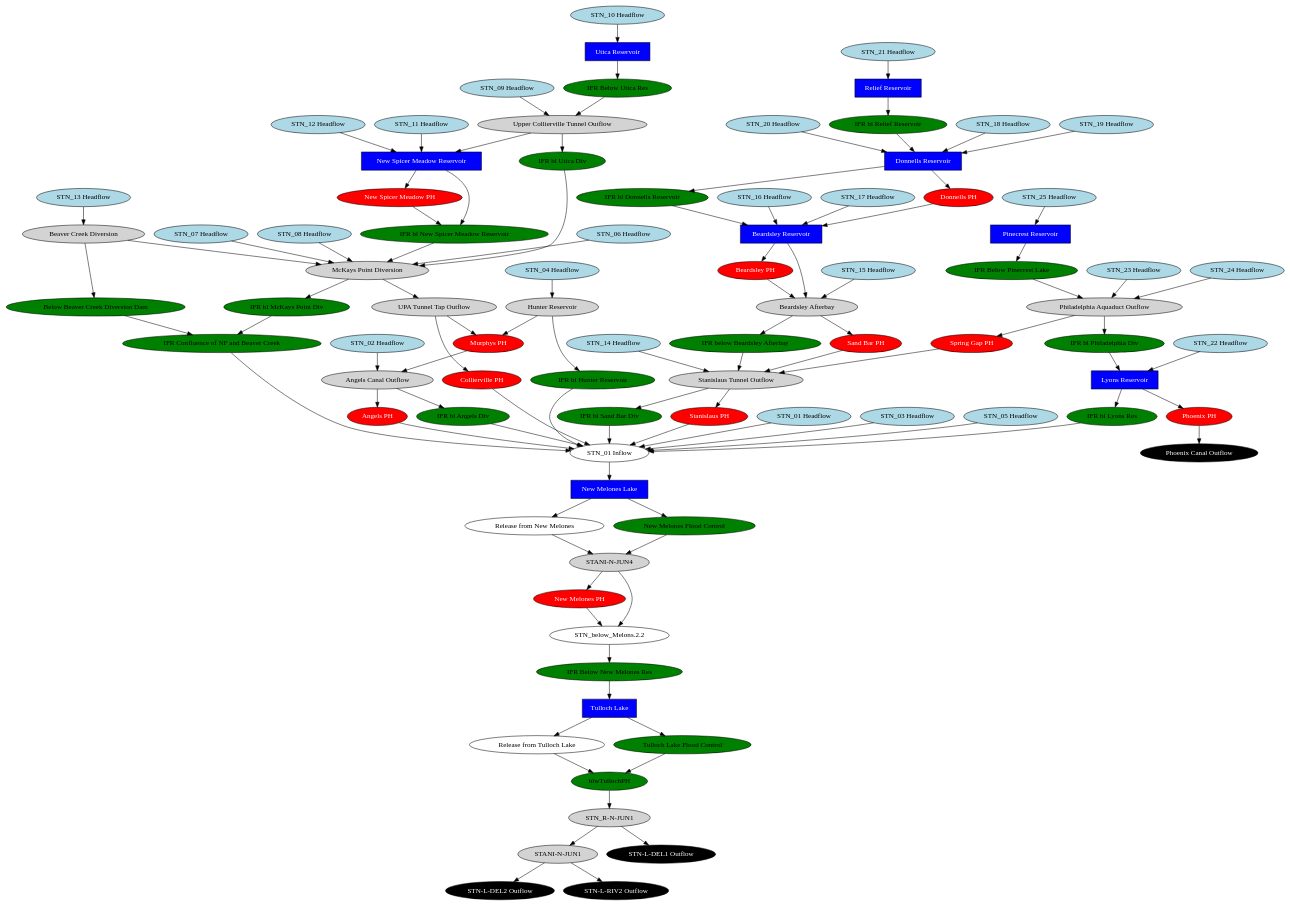
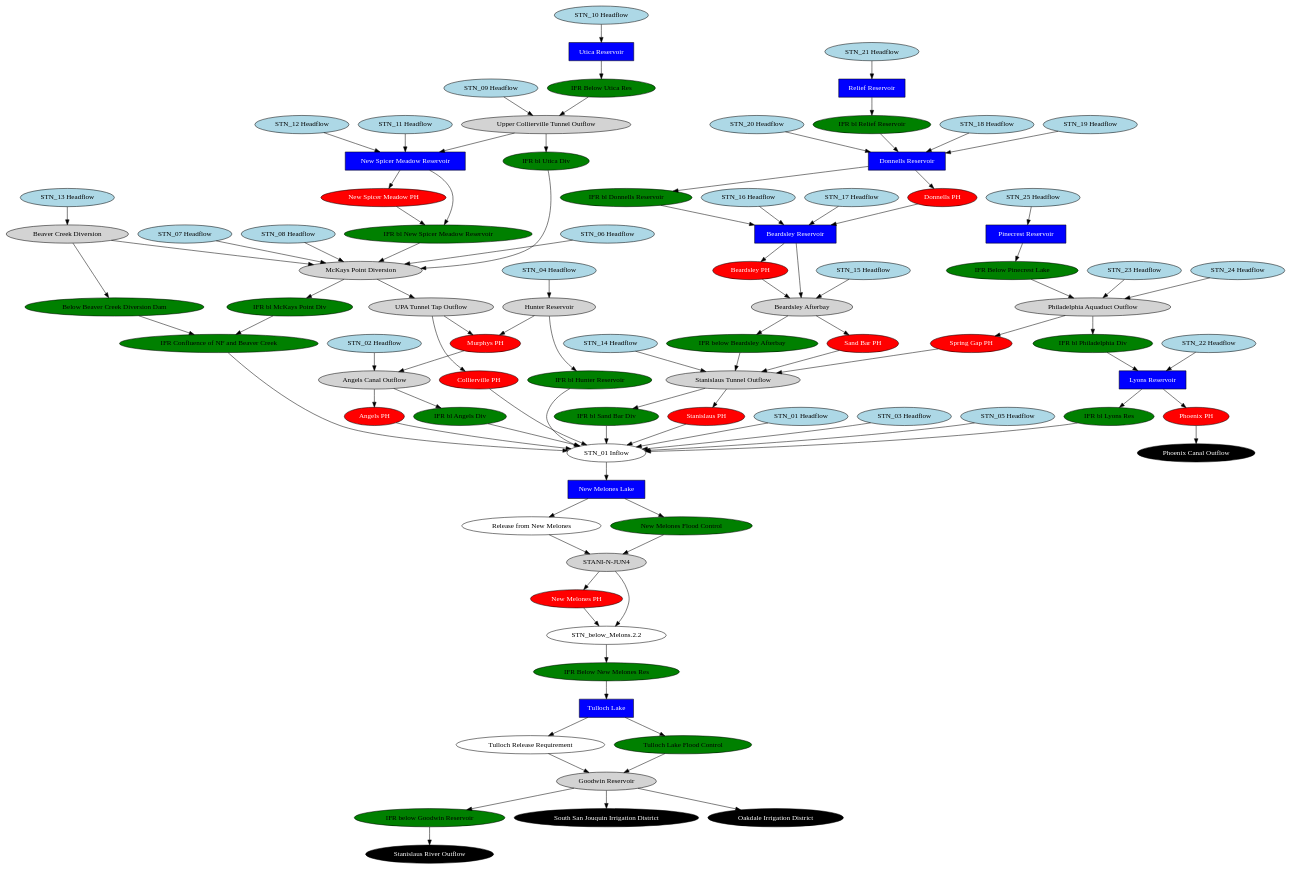
The diagram in stanislaus/stanislaus_schematic_simplified.gv (vicelab/cen-sierra-pywr), drawn with Graphviz before and after one commit. The commit also changed 15 other files, not shown here.

```diff
--- a/stanislaus/stanislaus_schematic_simplified.gv
+++ b/stanislaus/stanislaus_schematic_simplified.gv
@@ -1,185 +1,183 @@
 // stanislaus
 digraph stanislaus {
 	"Angels PH" [fillcolor=red fontcolor=white shape=oval style=filled]
 	"Angels Canal Outflow" [fillcolor=lightgrey fontcolor=black shape=oval style=filled]
 	"Beardsley Reservoir" [fillcolor=blue fontcolor=white shape=rect style=filled]
 	"Beardsley PH" [fillcolor=red fontcolor=white shape=oval style=filled]
 	"Beaver Creek Diversion" [fillcolor=lightgrey fontcolor=black shape=oval style=filled]
 	"Collierville PH" [fillcolor=red fontcolor=white shape=oval style=filled]
 	"Donnells PH" [fillcolor=red fontcolor=white shape=oval style=filled]
 	"Donnells Reservoir" [fillcolor=blue fontcolor=white shape=rect style=filled]
 	"IFR bl Angels Div" [fillcolor=green fontcolor=black shape=oval style=filled]
 	"IFR bl Donnells Reservoir" [fillcolor=green fontcolor=black shape=oval style=filled]
 	"IFR bl Hunter Reservoir" [fillcolor=green fontcolor=black shape=oval style=filled]
 	"IFR bl Lyons Res" [fillcolor=green fontcolor=black shape=oval style=filled]
 	"IFR bl McKays Point Div" [fillcolor=green fontcolor=black shape=oval style=filled]
 	"IFR bl New Spicer Meadow Reservoir" [fillcolor=green fontcolor=black shape=oval style=filled]
 	"IFR bl Philadelphia Div" [fillcolor=green fontcolor=black shape=oval style=filled]
 	"IFR bl Relief Reservoir" [fillcolor=green fontcolor=black shape=oval style=filled]
 	"IFR bl Sand Bar Div" [fillcolor=green fontcolor=black shape=oval style=filled]
 	"IFR bl Utica Div" [fillcolor=green fontcolor=black shape=oval style=filled]
 	"Below Beaver Creek Diversion Dam" [fillcolor=green fontcolor=black shape=oval style=filled]
 	"IFR Confluence of NF and Beaver Creek" [fillcolor=green fontcolor=black shape=oval style=filled]
 	"IFR Below New Melones Res" [fillcolor=green fontcolor=black shape=oval style=filled]
+	"IFR below Goodwin Reservoir" [fillcolor=green fontcolor=black shape=oval style=filled]
 	"IFR Below Pinecrest Lake" [fillcolor=green fontcolor=black shape=oval style=filled]
 	"IFR Below Utica Res" [fillcolor=green fontcolor=black shape=oval style=filled]
 	"IFR below Beardsley Afterbay" [fillcolor=green fontcolor=black shape=oval style=filled]
 	"Hunter Reservoir" [fillcolor=lightgrey fontcolor=black shape=oval style=filled]
 	"Lyons Reservoir" [fillcolor=blue fontcolor=white shape=rect style=filled]
 	"McKays Point Diversion" [fillcolor=lightgrey fontcolor=black shape=oval style=filled]
 	"Murphys PH" [fillcolor=red fontcolor=white shape=oval style=filled]
 	"New Melones Lake" [fillcolor=blue fontcolor=white shape=rect style=filled]
 	"New Melones PH" [fillcolor=red fontcolor=white shape=oval style=filled]
 	"New Spicer Meadow Reservoir" [fillcolor=blue fontcolor=white shape=rect style=filled]
 	"New Spicer Meadow PH" [fillcolor=red fontcolor=white shape=oval style=filled]
 	"Philadelphia Aquaduct Outflow" [fillcolor=lightgrey fontcolor=black shape=oval style=filled]
 	"Phoenix Canal Outflow" [fillcolor=black fontcolor=white shape=oval style=filled]
 	"Phoenix PH" [fillcolor=red fontcolor=white shape=oval style=filled]
 	"Pinecrest Reservoir" [fillcolor=blue fontcolor=white shape=rect style=filled]
 	"Relief Reservoir" [fillcolor=blue fontcolor=white shape=rect style=filled]
 	"Sand Bar PH" [fillcolor=red fontcolor=white shape=oval style=filled]
 	"Beardsley Afterbay" [fillcolor=lightgrey fontcolor=black shape=oval style=filled]
 	"Spring Gap PH" [fillcolor=red fontcolor=white shape=oval style=filled]
-	"STANI-N-JUN1" [fillcolor=lightgrey fontcolor=black shape=oval style=filled]
 	"Stanislaus PH" [fillcolor=red fontcolor=white shape=oval style=filled]
 	"Stanislaus Tunnel Outflow" [fillcolor=lightgrey fontcolor=black shape=oval style=filled]
-	"STN-L-DEL1 Outflow" [fillcolor=black fontcolor=white shape=oval style=filled]
-	"STN-L-DEL2 Outflow" [fillcolor=black fontcolor=white shape=oval style=filled]
-	"STN-L-RIV2 Outflow" [fillcolor=black fontcolor=white shape=oval style=filled]
+	"South San Jouquin Irrigation District" [fillcolor=black fontcolor=white shape=oval style=filled]
+	"Oakdale Irrigation District" [fillcolor=black fontcolor=white shape=oval style=filled]
+	"Stanislaus River Outflow" [fillcolor=black fontcolor=white shape=oval style=filled]
 	"STN_01 Headflow" [fillcolor=lightblue fontcolor=black shape=oval style=filled]
 	"STN_01 Inflow" [fillcolor=white fontcolor=black shape=oval style=filled]
 	"STN_02 Headflow" [fillcolor=lightblue fontcolor=black shape=oval style=filled]
 	"STN_03 Headflow" [fillcolor=lightblue fontcolor=black shape=oval style=filled]
 	"STN_04 Headflow" [fillcolor=lightblue fontcolor=black shape=oval style=filled]
 	"STN_05 Headflow" [fillcolor=lightblue fontcolor=black shape=oval style=filled]
 	"STN_06 Headflow" [fillcolor=lightblue fontcolor=black shape=oval style=filled]
 	"STN_07 Headflow" [fillcolor=lightblue fontcolor=black shape=oval style=filled]
 	"STN_08 Headflow" [fillcolor=lightblue fontcolor=black shape=oval style=filled]
 	"STN_09 Headflow" [fillcolor=lightblue fontcolor=black shape=oval style=filled]
 	"STN_10 Headflow" [fillcolor=lightblue fontcolor=black shape=oval style=filled]
 	"STN_11 Headflow" [fillcolor=lightblue fontcolor=black shape=oval style=filled]
 	"STN_12 Headflow" [fillcolor=lightblue fontcolor=black shape=oval style=filled]
 	"STN_13 Headflow" [fillcolor=lightblue fontcolor=black shape=oval style=filled]
 	"STN_14 Headflow" [fillcolor=lightblue fontcolor=black shape=oval style=filled]
 	"STN_15 Headflow" [fillcolor=lightblue fontcolor=black shape=oval style=filled]
 	"STN_16 Headflow" [fillcolor=lightblue fontcolor=black shape=oval style=filled]
 	"STN_17 Headflow" [fillcolor=lightblue fontcolor=black shape=oval style=filled]
 	"STN_18 Headflow" [fillcolor=lightblue fontcolor=black shape=oval style=filled]
 	"STN_19 Headflow" [fillcolor=lightblue fontcolor=black shape=oval style=filled]
 	"STN_20 Headflow" [fillcolor=lightblue fontcolor=black shape=oval style=filled]
 	"STN_21 Headflow" [fillcolor=lightblue fontcolor=black shape=oval style=filled]
 	"STN_22 Headflow" [fillcolor=lightblue fontcolor=black shape=oval style=filled]
 	"STN_23 Headflow" [fillcolor=lightblue fontcolor=black shape=oval style=filled]
 	"STN_24 Headflow" [fillcolor=lightblue fontcolor=black shape=oval style=filled]
 	"STN_25 Headflow" [fillcolor=lightblue fontcolor=black shape=oval style=filled]
-	"STN_R-N-JUN1" [fillcolor=lightgrey fontcolor=black shape=oval style=filled]
 	"Tulloch Lake" [fillcolor=blue fontcolor=white shape=rect style=filled]
-	"Release from Tulloch Lake" [fillcolor=white fontcolor=black shape=oval style=filled]
+	"Tulloch Release Requirement" [fillcolor=white fontcolor=black shape=oval style=filled]
 	"Tulloch Lake Flood Control" [fillcolor=green fontcolor=black shape=oval style=filled]
-	blwTullochPH [fillcolor=green fontcolor=black shape=oval style=filled]
+	"Goodwin Reservoir" [fillcolor=lightgrey fontcolor=black shape=oval style=filled]
 	"Utica Reservoir" [fillcolor=blue fontcolor=white shape=rect style=filled]
 	"UPA Tunnel Tap Outflow" [fillcolor=lightgrey fontcolor=black shape=oval style=filled]
 	"Upper Collierville Tunnel Outflow" [fillcolor=lightgrey fontcolor=black shape=oval style=filled]
 	"Release from New Melones" [fillcolor=white fontcolor=black shape=oval style=filled]
 	"New Melones Flood Control" [fillcolor=green fontcolor=black shape=oval style=filled]
 	"STN_below_Melons.2.2" [fillcolor=white fontcolor=black shape=oval style=filled]
 	"STANI-N-JUN4" [fillcolor=lightgrey fontcolor=black shape=oval style=filled]
 	"Angels Canal Outflow" -> "Angels PH"
 	"Angels Canal Outflow" -> "IFR bl Angels Div"
 	"Donnells Reservoir" -> "Donnells PH"
 	"Donnells Reservoir" -> "IFR bl Donnells Reservoir"
 	"Upper Collierville Tunnel Outflow" -> "IFR bl Utica Div"
 	"McKays Point Diversion" -> "UPA Tunnel Tap Outflow"
 	"Hunter Reservoir" -> "IFR bl Hunter Reservoir"
 	"New Spicer Meadow Reservoir" -> "New Spicer Meadow PH"
 	"Philadelphia Aquaduct Outflow" -> "Spring Gap PH"
 	"Pinecrest Reservoir" -> "IFR Below Pinecrest Lake"
 	"Relief Reservoir" -> "IFR bl Relief Reservoir"
 	"Beardsley Afterbay" -> "Sand Bar PH"
 	"Stanislaus Tunnel Outflow" -> "Stanislaus PH"
 	"STN_01 Headflow" -> "STN_01 Inflow"
 	"McKays Point Diversion" -> "IFR bl McKays Point Div"
 	"Utica Reservoir" -> "IFR Below Utica Res"
 	"Beardsley Afterbay" -> "IFR below Beardsley Afterbay"
 	"Beardsley Reservoir" -> "Beardsley PH"
 	"UPA Tunnel Tap Outflow" -> "Collierville PH"
 	"Stanislaus Tunnel Outflow" -> "IFR bl Sand Bar Div"
 	"Lyons Reservoir" -> "IFR bl Lyons Res"
-	"STANI-N-JUN1" -> "STN-L-DEL2 Outflow"
-	"STANI-N-JUN1" -> "STN-L-RIV2 Outflow"
+	"Goodwin Reservoir" -> "Oakdale Irrigation District"
+	"Goodwin Reservoir" -> "IFR below Goodwin Reservoir"
 	"STN_below_Melons.2.2" -> "IFR Below New Melones Res"
-	"STN_R-N-JUN1" -> "STN-L-DEL1 Outflow"
+	"Goodwin Reservoir" -> "South San Jouquin Irrigation District"
 	"STN_01 Inflow" -> "New Melones Lake"
-	blwTullochPH -> "STN_R-N-JUN1"
 	"Angels PH" -> "STN_01 Inflow"
 	"IFR bl Angels Div" -> "STN_01 Inflow"
 	"Below Beaver Creek Diversion Dam" -> "IFR Confluence of NF and Beaver Creek"
 	"Beaver Creek Diversion" -> "Below Beaver Creek Diversion Dam"
 	"IFR bl McKays Point Div" -> "IFR Confluence of NF and Beaver Creek"
 	"Beaver Creek Diversion" -> "McKays Point Diversion"
 	"Phoenix PH" -> "Phoenix Canal Outflow"
 	"New Spicer Meadow Reservoir" -> "IFR bl New Spicer Meadow Reservoir"
 	"New Spicer Meadow PH" -> "IFR bl New Spicer Meadow Reservoir"
 	"Sand Bar PH" -> "Stanislaus Tunnel Outflow"
 	"Philadelphia Aquaduct Outflow" -> "IFR bl Philadelphia Div"
 	"IFR bl Lyons Res" -> "STN_01 Inflow"
-	"STN_R-N-JUN1" -> "STANI-N-JUN1"
+	"IFR below Goodwin Reservoir" -> "Stanislaus River Outflow"
 	"STN_02 Headflow" -> "Angels Canal Outflow"
 	"Murphys PH" -> "Angels Canal Outflow"
 	"STN_03 Headflow" -> "STN_01 Inflow"
 	"IFR bl Sand Bar Div" -> "STN_01 Inflow"
 	"IFR bl Hunter Reservoir" -> "STN_01 Inflow"
 	"STN_04 Headflow" -> "Hunter Reservoir"
 	"STN_05 Headflow" -> "STN_01 Inflow"
 	"IFR Confluence of NF and Beaver Creek" -> "STN_01 Inflow"
 	"STN_06 Headflow" -> "McKays Point Diversion"
 	"STN_07 Headflow" -> "McKays Point Diversion"
 	"IFR bl New Spicer Meadow Reservoir" -> "McKays Point Diversion"
 	"STN_08 Headflow" -> "McKays Point Diversion"
 	"IFR bl Utica Div" -> "McKays Point Diversion"
 	"STN_09 Headflow" -> "Upper Collierville Tunnel Outflow"
 	"IFR Below Utica Res" -> "Upper Collierville Tunnel Outflow"
 	"STN_10 Headflow" -> "Utica Reservoir"
 	"STN_11 Headflow" -> "New Spicer Meadow Reservoir"
 	"STN_13 Headflow" -> "Beaver Creek Diversion"
 	"STN_14 Headflow" -> "Stanislaus Tunnel Outflow"
 	"IFR below Beardsley Afterbay" -> "Stanislaus Tunnel Outflow"
 	"STN_15 Headflow" -> "Beardsley Afterbay"
 	"Beardsley Reservoir" -> "Beardsley Afterbay"
 	"Beardsley PH" -> "Beardsley Afterbay"
 	"STN_16 Headflow" -> "Beardsley Reservoir"
 	"IFR bl Donnells Reservoir" -> "Beardsley Reservoir"
 	"STN_17 Headflow" -> "Beardsley Reservoir"
 	"STN_18 Headflow" -> "Donnells Reservoir"
 	"STN_19 Headflow" -> "Donnells Reservoir"
 	"STN_21 Headflow" -> "Relief Reservoir"
 	"IFR bl Philadelphia Div" -> "Lyons Reservoir"
 	"STN_22 Headflow" -> "Lyons Reservoir"
 	"STN_23 Headflow" -> "Philadelphia Aquaduct Outflow"
 	"IFR Below Pinecrest Lake" -> "Philadelphia Aquaduct Outflow"
 	"STN_24 Headflow" -> "Philadelphia Aquaduct Outflow"
 	"STN_25 Headflow" -> "Pinecrest Reservoir"
 	"IFR bl Relief Reservoir" -> "Donnells Reservoir"
 	"STN_20 Headflow" -> "Donnells Reservoir"
 	"Hunter Reservoir" -> "Murphys PH"
 	"UPA Tunnel Tap Outflow" -> "Murphys PH"
 	"STN_12 Headflow" -> "New Spicer Meadow Reservoir"
 	"Donnells PH" -> "Beardsley Reservoir"
 	"Upper Collierville Tunnel Outflow" -> "New Spicer Meadow Reservoir"
 	"Collierville PH" -> "STN_01 Inflow"
 	"Stanislaus PH" -> "STN_01 Inflow"
 	"Spring Gap PH" -> "Stanislaus Tunnel Outflow"
 	"Lyons Reservoir" -> "Phoenix PH"
 	"New Melones Lake" -> "Release from New Melones"
 	"New Melones Lake" -> "New Melones Flood Control"
 	"Release from New Melones" -> "STANI-N-JUN4"
 	"New Melones Flood Control" -> "STANI-N-JUN4"
 	"STANI-N-JUN4" -> "New Melones PH"
-	"Tulloch Lake" -> "Release from Tulloch Lake"
+	"Tulloch Lake" -> "Tulloch Release Requirement"
 	"Tulloch Lake" -> "Tulloch Lake Flood Control"
+	"Tulloch Release Requirement" -> "Goodwin Reservoir"
+	"Tulloch Lake Flood Control" -> "Goodwin Reservoir"
 	"IFR Below New Melones Res" -> "Tulloch Lake"
 	"New Melones PH" -> "STN_below_Melons.2.2"
 	"STANI-N-JUN4" -> "STN_below_Melons.2.2"
-	"Release from Tulloch Lake" -> blwTullochPH
-	"Tulloch Lake Flood Control" -> blwTullochPH
 }
```
